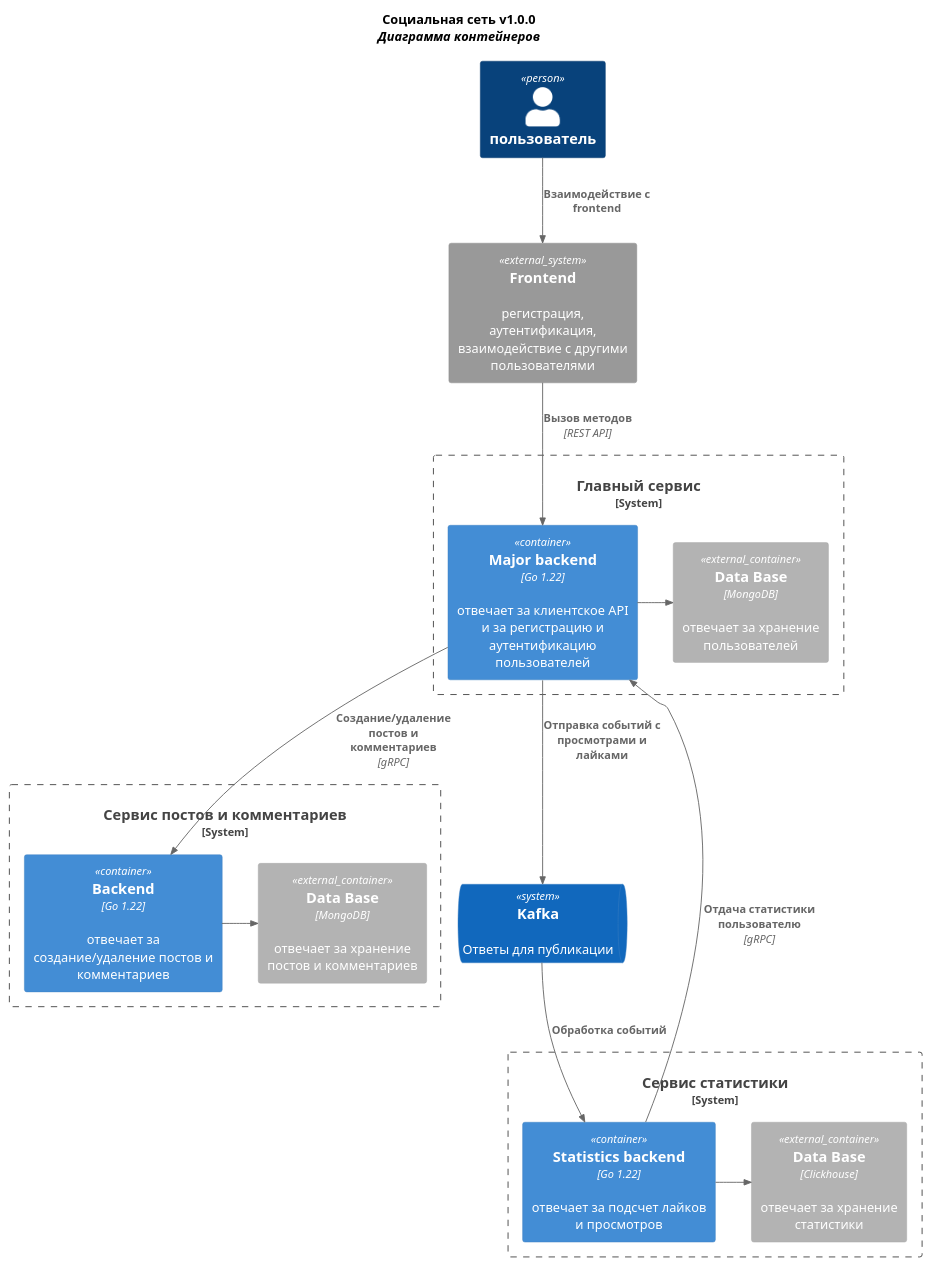
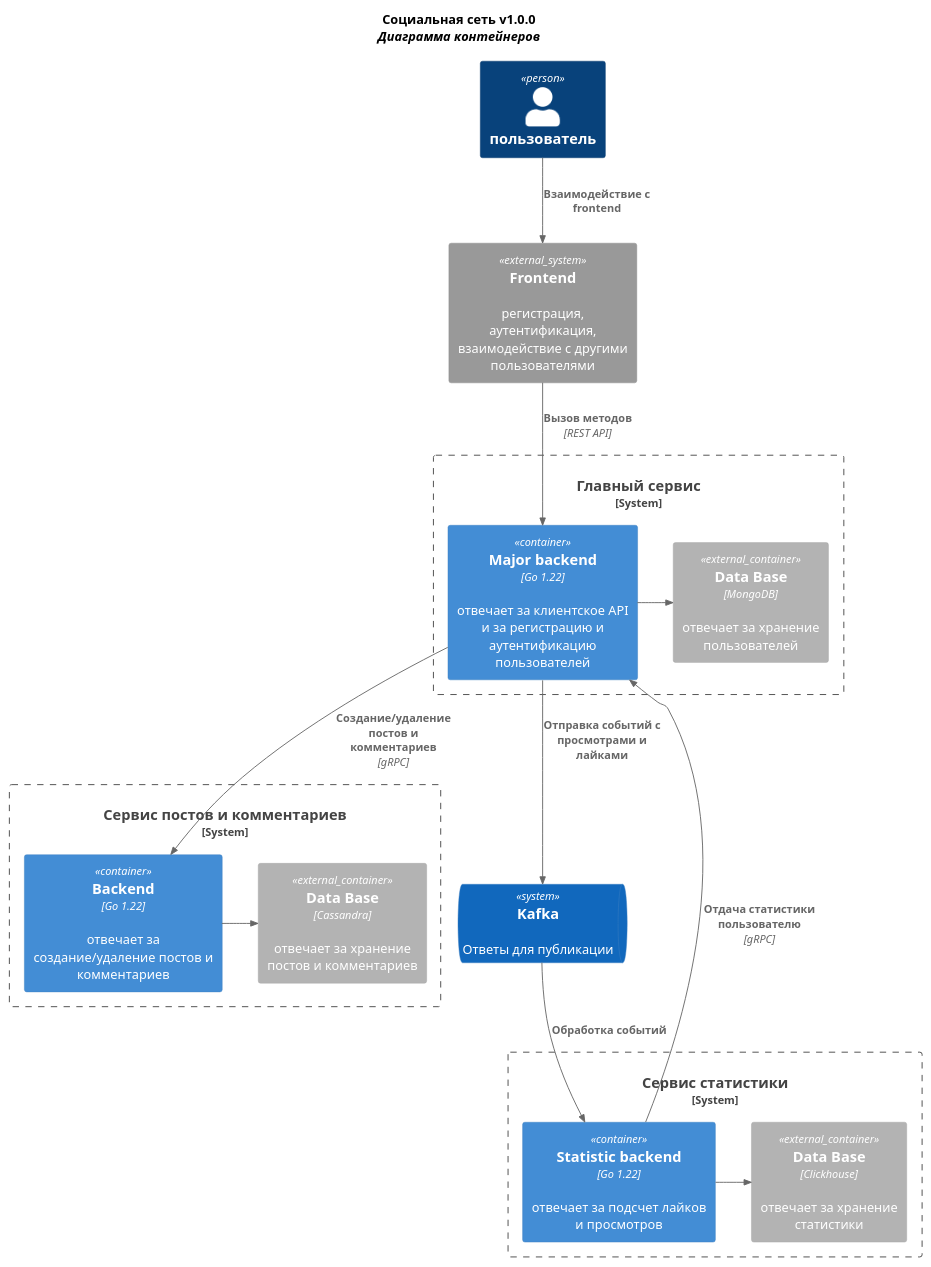
Before and after one commit to Navalgan/Service-oriented-architectures: the diagram in doc/c4-containers.puml, drawn with PlantUML. The commit also changed 6 other files, not shown here.

```diff
--- a/doc/c4-containers.puml
+++ b/doc/c4-containers.puml
@@ -1,50 +1,50 @@
 @startuml Add context
 
 !include https://raw.githubusercontent.com/plantuml-stdlib/C4-PlantUML/master/C4_Container.puml
 
 title
     <b>Социальная сеть v1.0.0</b>
     <i>Диаграмма контейнеров</i>
 end title
 
 
 Person(user, пользователь)
 
 System_Ext(frontend, Frontend, "регистрация, аутентификация, взаимодействие с другими пользователями")
 
 Rel(user, frontend, "Взаимодействие с frontend")
 
 System_Boundary(major, "Главный сервис") {
     Container(admin, "Major backend", "Go 1.22", "отвечает за клиентское API и за регистрацию и аутентификацию пользователей")
     Container_Ext(admin_DB, "Data Base", "MongoDB", "отвечает за хранение пользователей")
 
     Rel_R(admin, admin_DB, " ")
 }
 
 Rel(frontend, admin, "Вызов методов", "REST API")
 
 SystemQueue(kafka, "Kafka", "Ответы для публикации")
 
 Rel(admin, kafka, "Отправка событий с просмотрами и лайками")
 
-System_Boundary(statistics, "Сервис статистики") {
-    Container(statistics_admin, "Statistics backend", "Go 1.22", "отвечает за подсчет лайков и просмотров")
+System_Boundary(statistic, "Сервис статистики") {
+    Container(statistics_admin, "Statistic backend", "Go 1.22", "отвечает за подсчет лайков и просмотров")
     Container_Ext(statistics_DB, "Data Base", "Clickhouse", "отвечает за хранение статистики")
 
     Rel_R(statistics_admin, statistics_DB, " ")
 }
 
 Rel(kafka, statistics_admin, "Обработка событий")
 
 Rel(statistics_admin, admin, "Отдача статистики пользователю", "gRPC")
 
 System_Boundary(posts_comments, "Сервис постов и комментариев") {
     Container(posts_comments_admin, "Backend", "Go 1.22", "отвечает за создание/удаление постов и комментариев")
-    Container_Ext(posts_comments_DB, "Data Base", "MongoDB", "отвечает за хранение постов и комментариев")
+    Container_Ext(posts_comments_DB, "Data Base", "Cassandra", "отвечает за хранение постов и комментариев")
 
     Rel_R(posts_comments_admin, posts_comments_DB, " ")
 }
 
 Rel(admin, posts_comments_admin, "Создание/удаление постов и комментариев", "gRPC")
 
 @enduml
```
